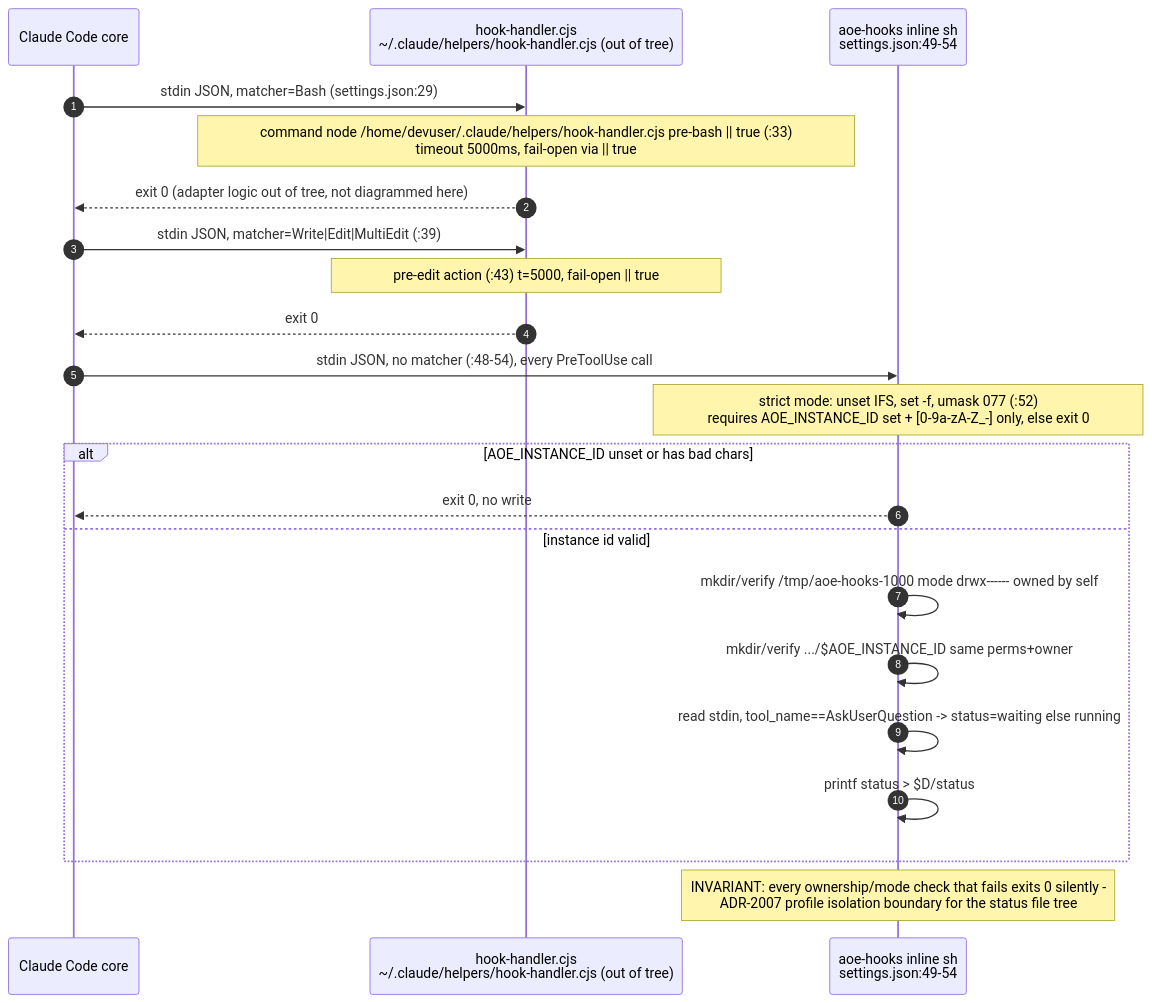
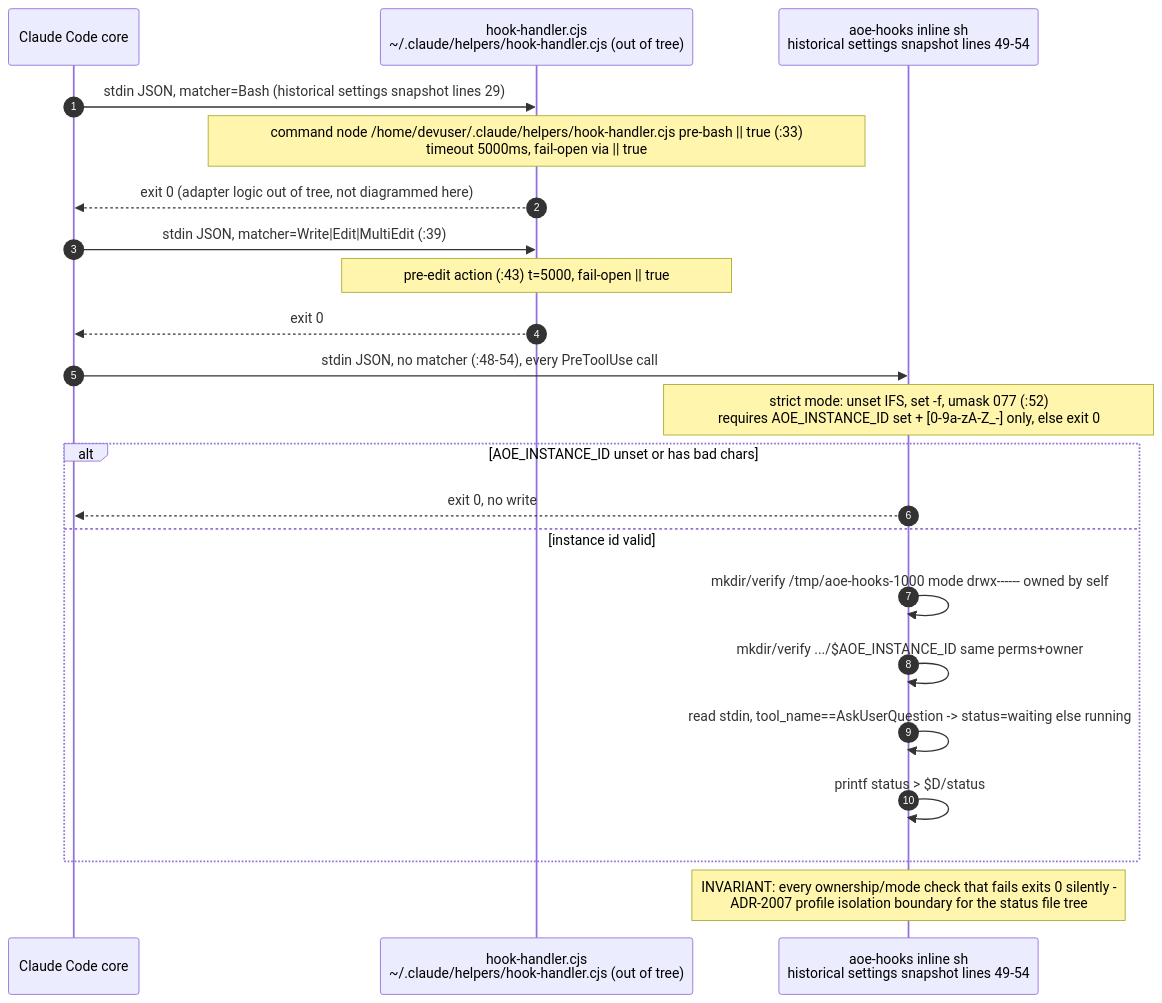
The third of 14 diagrams in docs/diagrams/agentbox/08-hooks-pipeline.md (DreamLab-AI/VisionFlow), drawn with Mermaid before and after one commit. The commit also changed other lines of this file and 185 other files, not shown here.

Commit message:
docs(estate): reconcile diagrams and ADRs with source and define closeout sprint

````diff
--- a/docs/diagrams/agentbox/08-hooks-pipeline.md
+++ b/docs/diagrams/agentbox/08-hooks-pipeline.md
@@ -141,27 +144,27 @@
 ```mermaid
 sequenceDiagram
     autonumber
     participant CC as Claude Code core
     participant HH as hook-handler.cjs<br/>~/.claude/helpers/hook-handler.cjs (out of tree)
-    participant AOE as aoe-hooks inline sh<br/>settings.json:49-54
+    participant AOE as aoe-hooks inline sh<br/>historical settings snapshot lines 49-54
 
-    CC->>HH: stdin JSON, matcher=Bash (settings.json:29)
+    CC->>HH: stdin JSON, matcher=Bash (historical settings snapshot lines 29)
     Note over HH: command node /home/devuser/.claude/helpers/hook-handler.cjs pre-bash #124;#124; true (:33)<br/>timeout 5000ms, fail-open via #124;#124; true
     HH-->>CC: exit 0 (adapter logic out of tree, not diagrammed here)
 
     CC->>HH: stdin JSON, matcher=Write#124;Edit#124;MultiEdit (:39)
     Note over HH: pre-edit action (:43) t=5000, fail-open #124;#124; true
     HH-->>CC: exit 0
 
     CC->>AOE: stdin JSON, no matcher (:48-54), every PreToolUse call
     Note over AOE: strict mode: unset IFS, set -f, umask 077 (:52)<br/>requires AOE_INSTANCE_ID set + #91;0-9a-zA-Z_-#93; only, else exit 0
     alt AOE_INSTANCE_ID unset or has bad chars
         AOE-->>CC: exit 0, no write
     else instance id valid
         AOE->>AOE: mkdir/verify /tmp/aoe-hooks-1000 mode drwx------ owned by self
         AOE->>AOE: mkdir/verify .../$AOE_INSTANCE_ID same perms+owner
         AOE->>AOE: read stdin, tool_name==AskUserQuestion -> status=waiting else running
         AOE->>AOE: printf status > $D/status
     end
     Note over AOE: INVARIANT: every ownership/mode check that fails exits 0 silently -<br/>ADR-2007 profile isolation boundary for the status file tree
 ```
````
